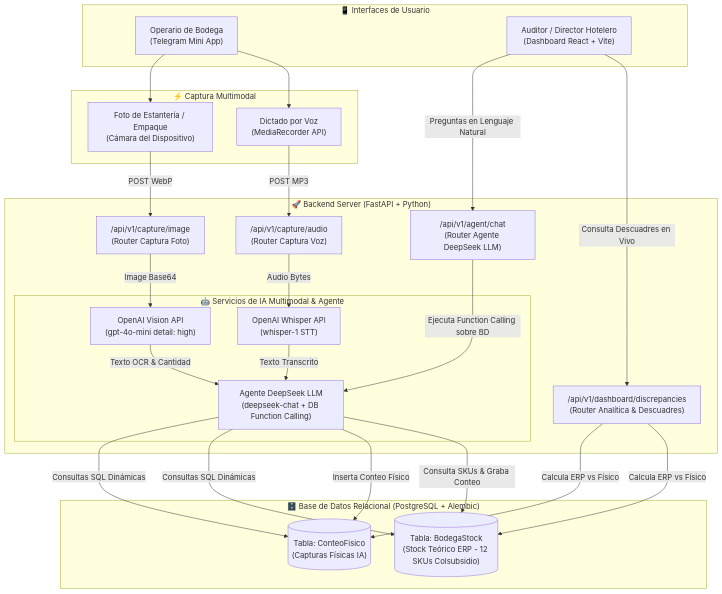
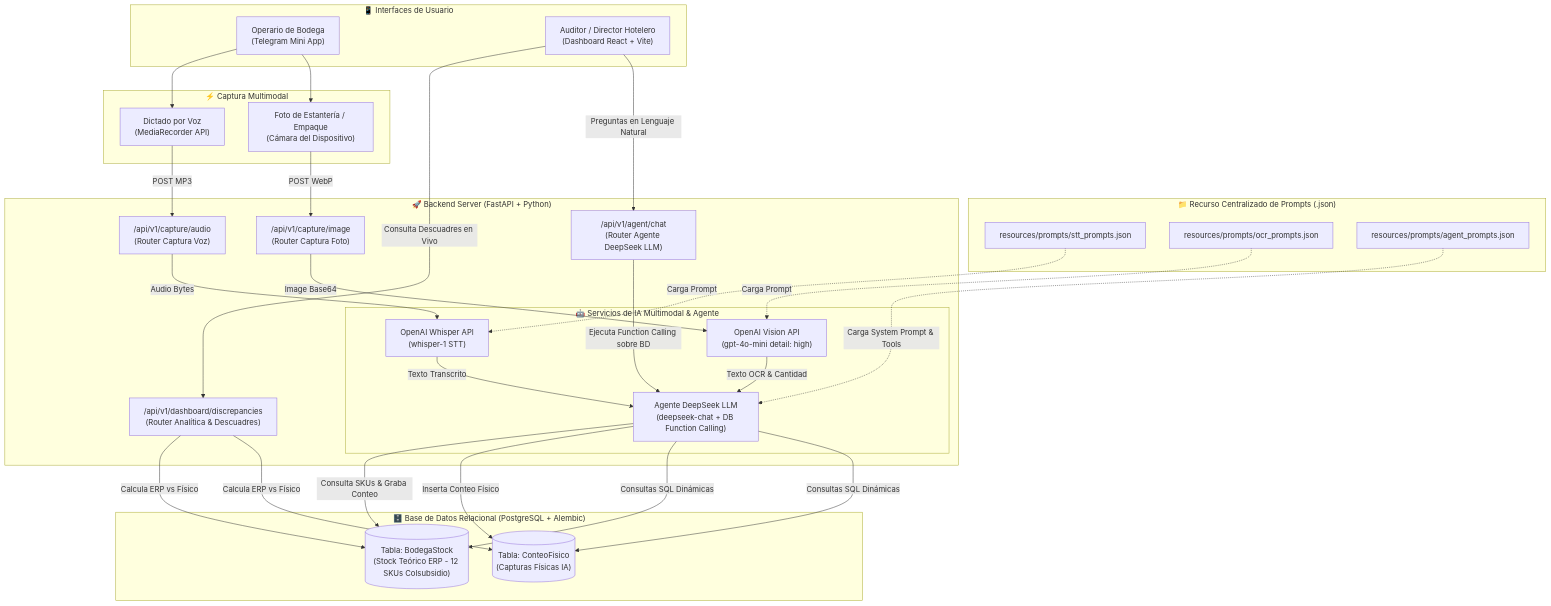
One commit to Oriojas/invictory_AI changed the diagram in README.md. Above: the diagram before and after it, drawn with Mermaid. The commit also changed other lines of this file and 8 other files, not shown here.

````diff
--- a/README.md
+++ b/README.md
@@ -11,59 +72,70 @@
 ```mermaid
 graph TD
     %% Clientes e Interfaces
     subgraph Clientes ["📱 Interfaces de Usuario"]
         A["Operario de Bodega<br/>(Telegram Mini App)"]
         B["Auditor / Director Hotelero<br/>(Dashboard React + Vite)"]
     end
 
     %% Módulo de Captura Multimodal
     subgraph Captura ["⚡ Captura Multimodal"]
         C["Dictado por Voz<br/>(MediaRecorder API)"]
         D["Foto de Estantería / Empaque<br/>(Cámara del Dispositivo)"]
+    end
+
+    %% Recursos Centralizados de Prompts
+    subgraph PromptsResource ["📁 Recurso Centralizado de Prompts (.json)"]
+        PR1["resources/prompts/stt_prompts.json"]
+        PR2["resources/prompts/ocr_prompts.json"]
+        PR3["resources/prompts/agent_prompts.json"]
     end
 
     %% Backend FastAPI Service Layer
     subgraph Backend ["🚀 Backend Server (FastAPI + Python)"]
         E["/api/v1/capture/audio<br/>(Router Captura Voz)"]
         F["/api/v1/capture/image<br/>(Router Captura Foto)"]
         G["/api/v1/dashboard/discrepancies<br/>(Router Analítica & Descuadres)"]
         H["/api/v1/agent/chat<br/>(Router Agente DeepSeek LLM)"]
 
         subgraph IAServices ["🤖 Servicios de IA Multimodal & Agente"]
             I["OpenAI Whisper API<br/>(whisper-1 STT)"]
             J["OpenAI Vision API<br/>(gpt-4o-mini detail: high)"]
             K["Agente DeepSeek LLM<br/>(deepseek-chat + DB Function Calling)"]
         end
     end
 
     %% Base de Datos PostgreSQL
     subgraph DB ["🗄️ Base de Datos Relacional (PostgreSQL + Alembic)"]
         L[("Tabla: BodegaStock<br/>(Stock Teórico ERP - 12 SKUs Colsubsidio)")]
         M[("Tabla: ConteoFisico<br/>(Capturas Físicas IA)")]
     end
 
     %% Flujos de Conexión
     A --> C
     A --> D
     C -->|POST MP3| E
     D -->|POST WebP| F
 
     E -->|Audio Bytes| I
     F -->|Image Base64| J
 
+    PR1 -.->|Carga Prompt| I
+    PR2 -.->|Carga Prompt| J
+    PR3 -.->|Carga System Prompt & Tools| K
+
     I -->|Texto Transcrito| K
     J -->|Texto OCR & Cantidad| K
 
     K -->|Consulta SKUs & Graba Conteo| L
     K -->|Inserta Conteo Físico| M
 
     B -->|Consulta Descuadres en Vivo| G
     B -->|Preguntas en Lenguaje Natural| H
 
     G -->|Calcula ERP vs Físico| L
     G -->|Calcula ERP vs Físico| M
 
     H -->|Ejecuta Function Calling sobre BD| K
     K -->|Consultas SQL Dinámicas| L
     K -->|Consultas SQL Dinámicas| M
 ```
````
